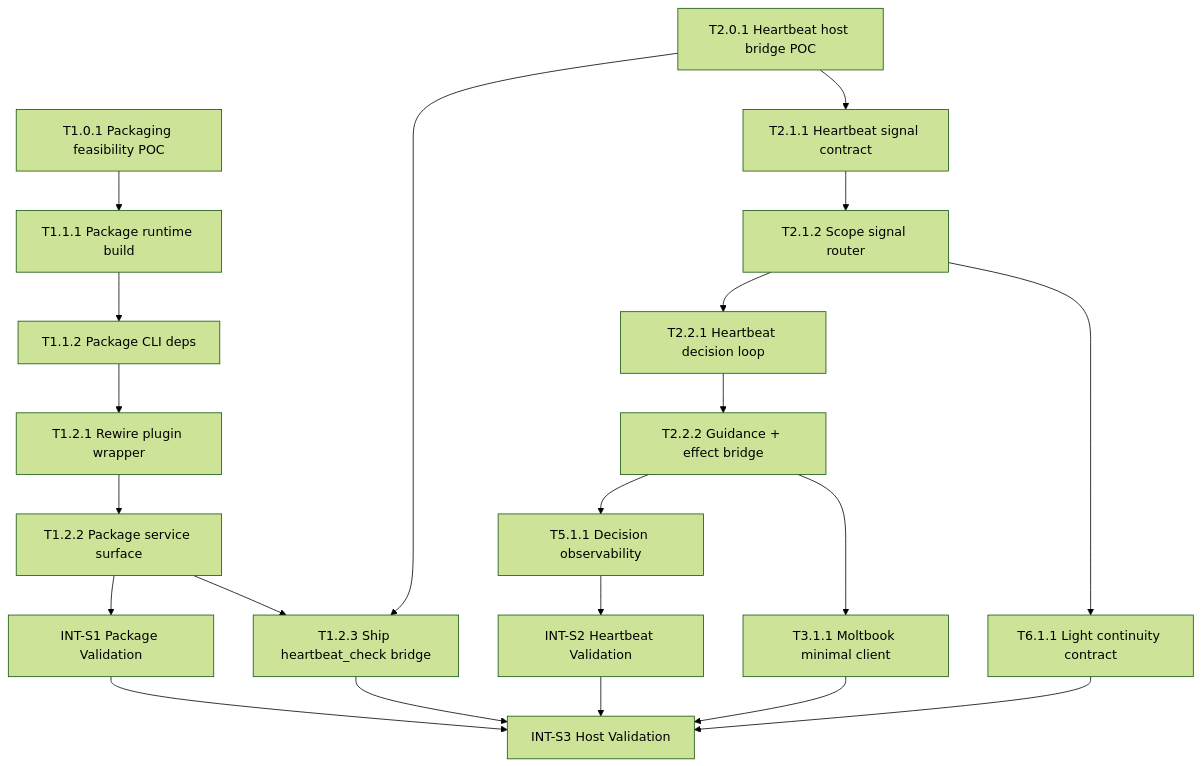
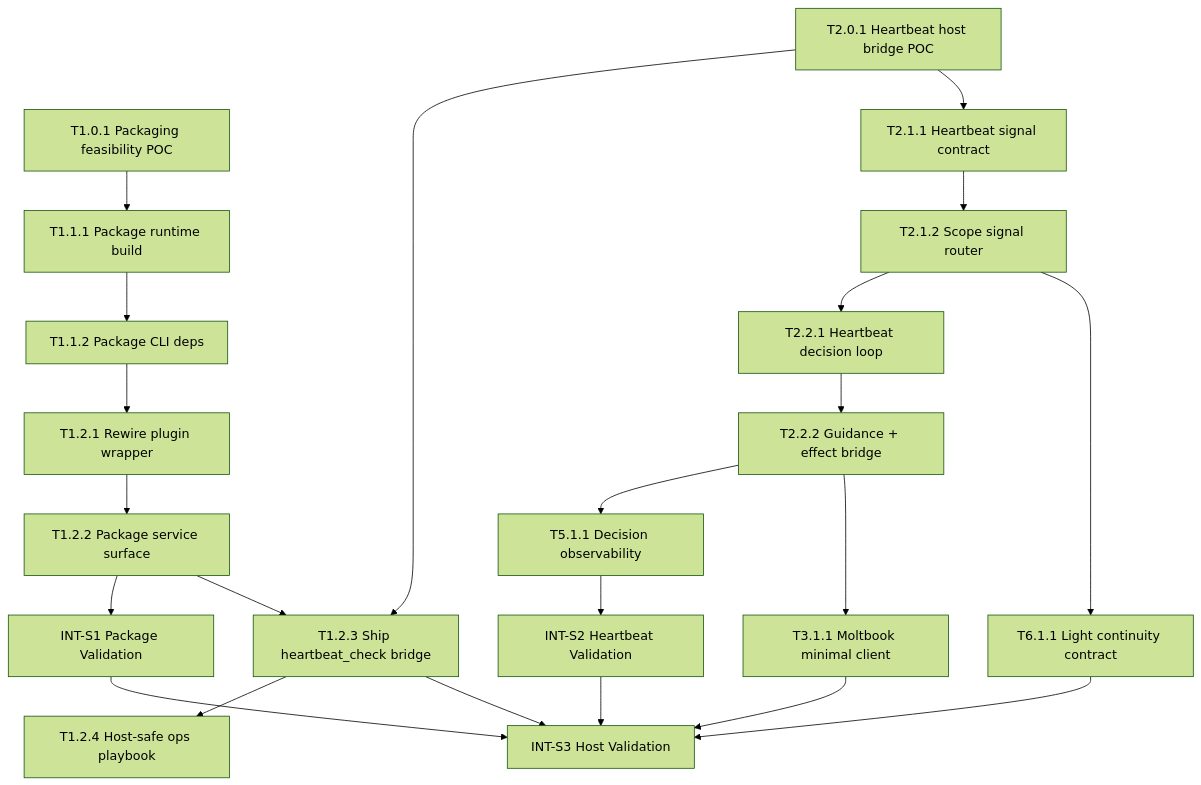
Before and after one commit to Haaaiawd/Second-Nature: the diagram in .anws/v4/05_TASKS.md, drawn with Mermaid (forest theme). The commit also changed other lines of this file and 5 other files, not shown here.

First line of the commit message:
docs(cli-system): T1.2.4 — Host-safe ops playbook

````diff
--- a/.anws/v4/05_TASKS.md
+++ b/.anws/v4/05_TASKS.md
@@ -5,25 +5,26 @@
 ```mermaid
 graph TD
     T1_0_1[T1.0.1 Packaging feasibility POC] --> T1_1_1[T1.1.1 Package runtime build]
     T1_1_1 --> T1_1_2[T1.1.2 Package CLI deps]
     T1_1_2 --> T1_2_1[T1.2.1 Rewire plugin wrapper]
     T1_2_1 --> T1_2_2[T1.2.2 Package service surface]
     T1_2_2 --> INT_S1[INT-S1 Package Validation]
 
     T1_2_2 --> T1_2_3[T1.2.3 Ship heartbeat_check bridge]
+    T1_2_3 --> T1_2_4[T1.2.4 Host-safe ops playbook]
     T2_0_1[T2.0.1 Heartbeat host bridge POC] --> T1_2_3
     T2_0_1 --> T2_1_1[T2.1.1 Heartbeat signal contract]
     T2_1_1 --> T2_1_2[T2.1.2 Scope signal router]
     T2_1_2 --> T2_2_1[T2.2.1 Heartbeat decision loop]
     T2_2_1 --> T2_2_2[T2.2.2 Guidance + effect bridge]
     T2_2_2 --> T5_1_1[T5.1.1 Decision observability]
     T5_1_1 --> INT_S2[INT-S2 Heartbeat Validation]
 
     T2_2_2 --> T3_1_1[T3.1.1 Moltbook minimal client]
     T2_1_2 --> T6_1_1[T6.1.1 Light continuity contract]
     INT_S1 --> INT_S3[INT-S3 Host Validation]
     INT_S2 --> INT_S3
     T1_2_3 --> INT_S3
     T3_1_1 --> INT_S3
     T6_1_1 --> INT_S3
 ```
````
